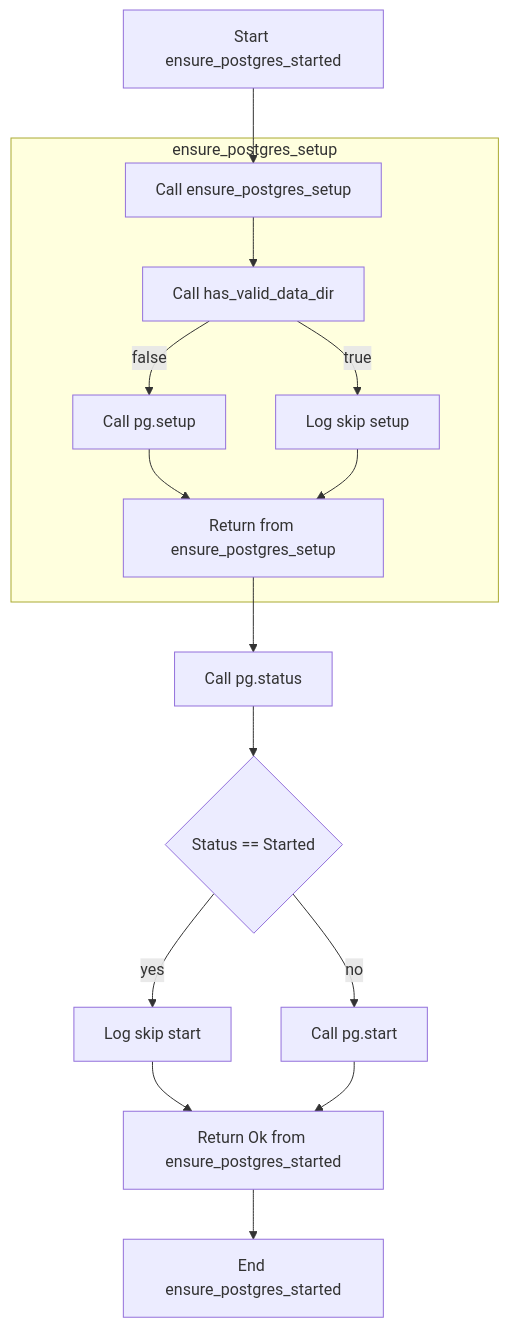
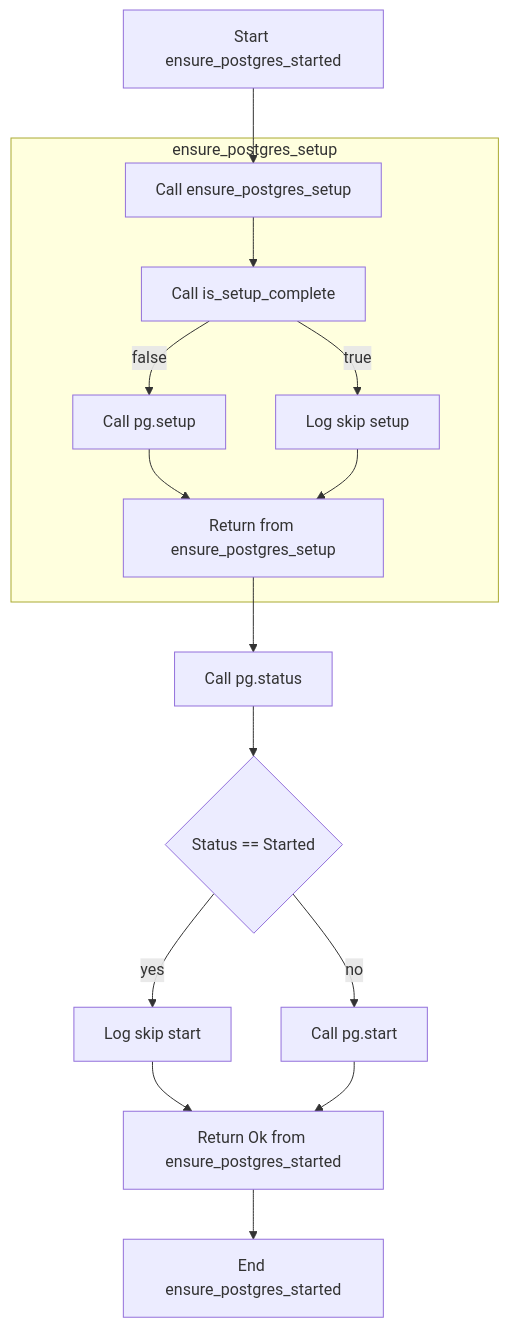
One commit to leynos/pg-embedded-setup-unpriv changed the diagram in docs/execplans/issue-60-5-lifecycle-behavior-helpers.md. Above: the diagram before and after it, drawn with Mermaid. The commit also changed other lines of this file and 1 other file, not shown here.

First line of the commit message:
Fix gate setup to check both data directory and installation status

````diff
--- a/docs/execplans/issue-60-5-lifecycle-behavior-helpers.md
+++ b/docs/execplans/issue-60-5-lifecycle-behavior-helpers.md
@@ -152,18 +154,18 @@
 ```mermaid
 flowchart TD
     A[Start ensure_postgres_started] --> B[Call ensure_postgres_setup]
     subgraph SetupPath [ensure_postgres_setup]
-        B --> C[Call has_valid_data_dir]
+        B --> C[Call is_setup_complete]
         C -->|true| D[Log skip setup]
         C -->|false| E[Call pg.setup]
         E --> F[Return from ensure_postgres_setup]
         D --> F
     end
     F --> G[Call pg.status]
     G --> H{Status == Started}
     H -->|yes| I[Log skip start]
     H -->|no| J[Call pg.start]
     I --> K[Return Ok from ensure_postgres_started]
     J --> K
     K --> L[End ensure_postgres_started]
 ```
````
